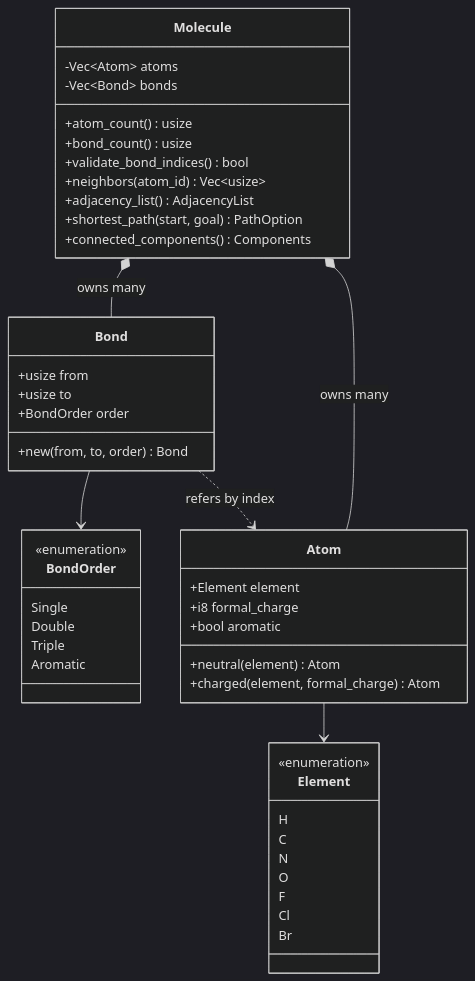
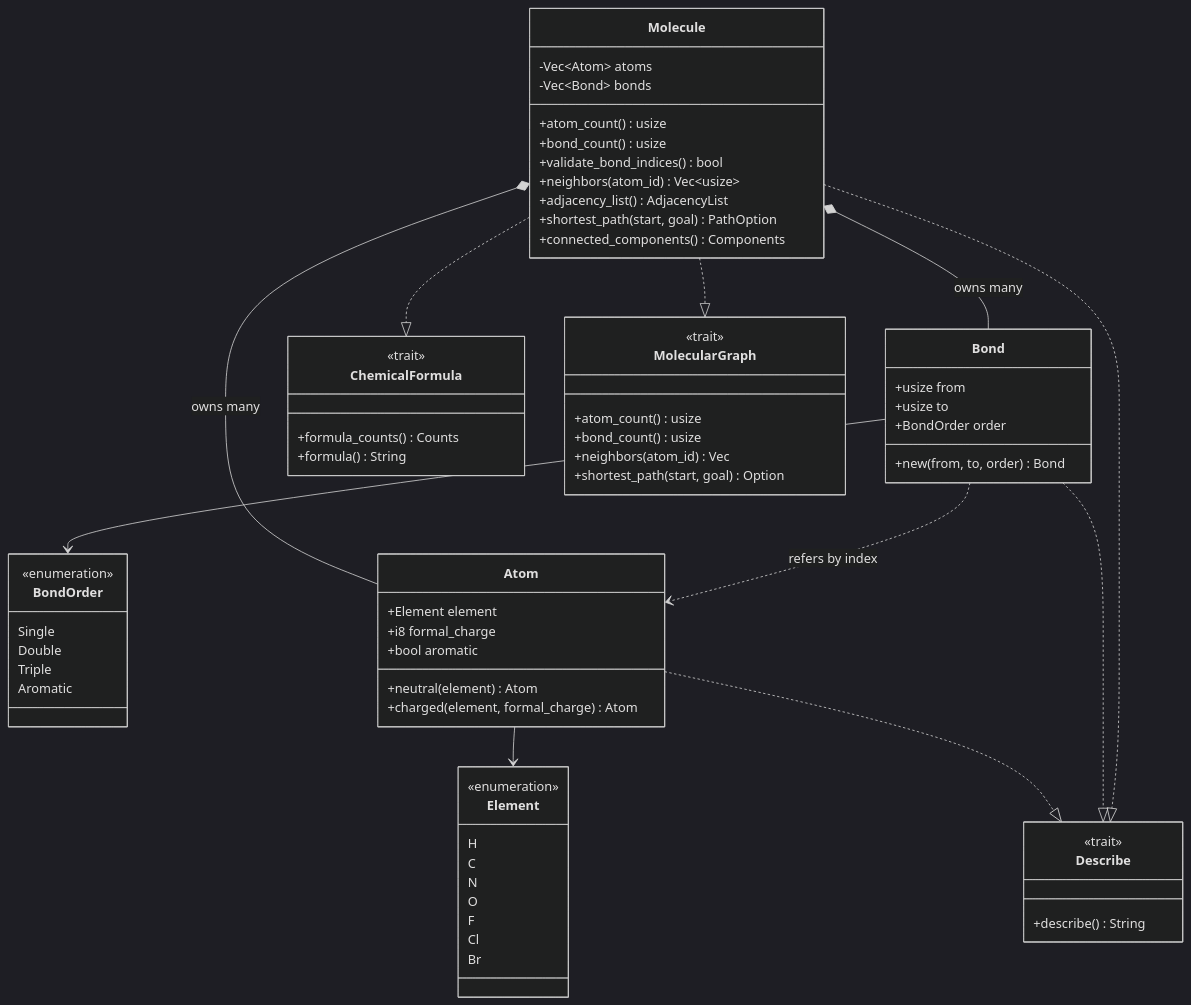
One commit to shastaratech/bio-memory-rust-lab changed the first of 4 diagrams in visuals/mermaid/model-contracts-flows.md. Above: the diagram before and after it, drawn with Mermaid (dark theme). The commit also changed 18 other files, not shown here.

Commit message:
docs: add molecule data structure trait lessons

````diff
--- a/visuals/mermaid/model-contracts-flows.md
+++ b/visuals/mermaid/model-contracts-flows.md
@@ -7,54 +7,78 @@
 ```mermaid
 classDiagram
     class Element {
         <<enumeration>>
         H
         C
         N
         O
         F
         Cl
         Br
     }
 
     class BondOrder {
         <<enumeration>>
         Single
         Double
         Triple
         Aromatic
     }
 
     class Atom {
         +Element element
         +i8 formal_charge
         +bool aromatic
         +neutral(element) Atom
         +charged(element, formal_charge) Atom
     }
 
     class Bond {
         +usize from
         +usize to
         +BondOrder order
         +new(from, to, order) Bond
     }
 
     class Molecule {
         -Vec~Atom~ atoms
         -Vec~Bond~ bonds
         +atom_count() usize
         +bond_count() usize
         +validate_bond_indices() bool
         +neighbors(atom_id) Vec~usize~
         +adjacency_list() AdjacencyList
         +shortest_path(start, goal) PathOption
         +connected_components() Components
     }
 
+    class Describe {
+        <<trait>>
+        +describe() String
+    }
+
+    class ChemicalFormula {
+        <<trait>>
+        +formula_counts() Counts
+        +formula() String
+    }
+
+    class MolecularGraph {
+        <<trait>>
+        +atom_count() usize
+        +bond_count() usize
+        +neighbors(atom_id) Vec
+        +shortest_path(start, goal) Option
+    }
+
     Atom --> Element
     Bond --> BondOrder
     Molecule *-- Atom : owns many
     Molecule *-- Bond : owns many
     Bond ..> Atom : refers by index
+    Atom ..|> Describe
+    Bond ..|> Describe
+    Molecule ..|> Describe
+    Molecule ..|> ChemicalFormula
+    Molecule ..|> MolecularGraph
 ```
````
